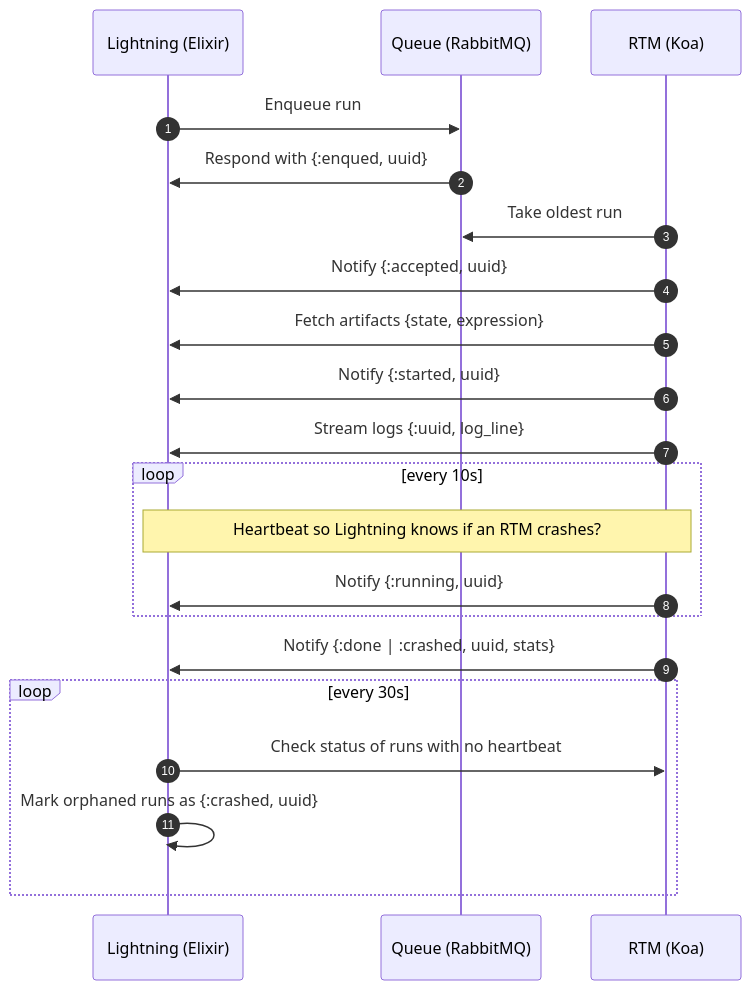
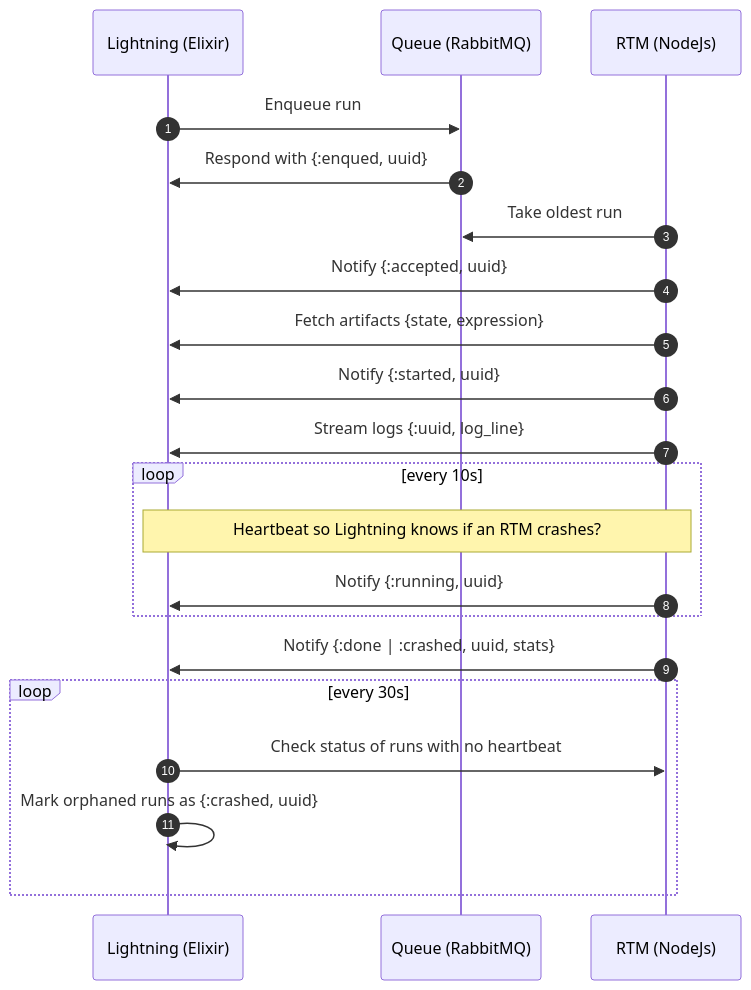
The diagram in web-queue-worker.md (OpenFn/lightning), drawn with Mermaid before and after one commit.

````diff
--- a/web-queue-worker.md
+++ b/web-queue-worker.md
@@ -5,23 +5,23 @@
 ```mermaid
 sequenceDiagram
 autonumber
     participant L as Lightning (Elixir)
     participant Q as Queue (RabbitMQ)
-    participant R as RTM (Koa)
+    participant R as RTM (NodeJs)
     L->>Q: Enqueue run
     Q->>L: Respond with {:enqued, uuid}
     R->>Q: Take oldest run
     R->>L: Notify {:accepted, uuid}
     R->>L: Fetch artifacts {state, expression}
     R->>L: Notify {:started, uuid}
     R->>L: Stream logs {:uuid, log_line}
     loop every 10s
     Note over R,L: Heartbeat so Lightning knows if an RTM crashes?
     R->>L: Notify {:running, uuid}
     end
     R->>L: Notify {:done | :crashed, uuid, stats}
     loop every 30s
     L->>R: Check status of runs with no heartbeat
     L->>L: Mark orphaned runs as {:crashed, uuid}
     end
 ```
````
